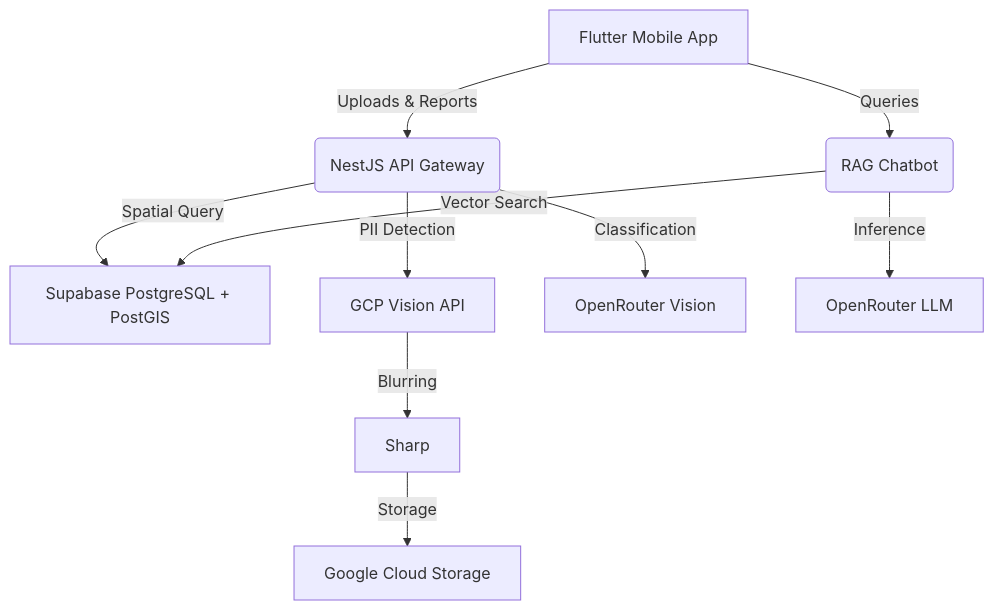
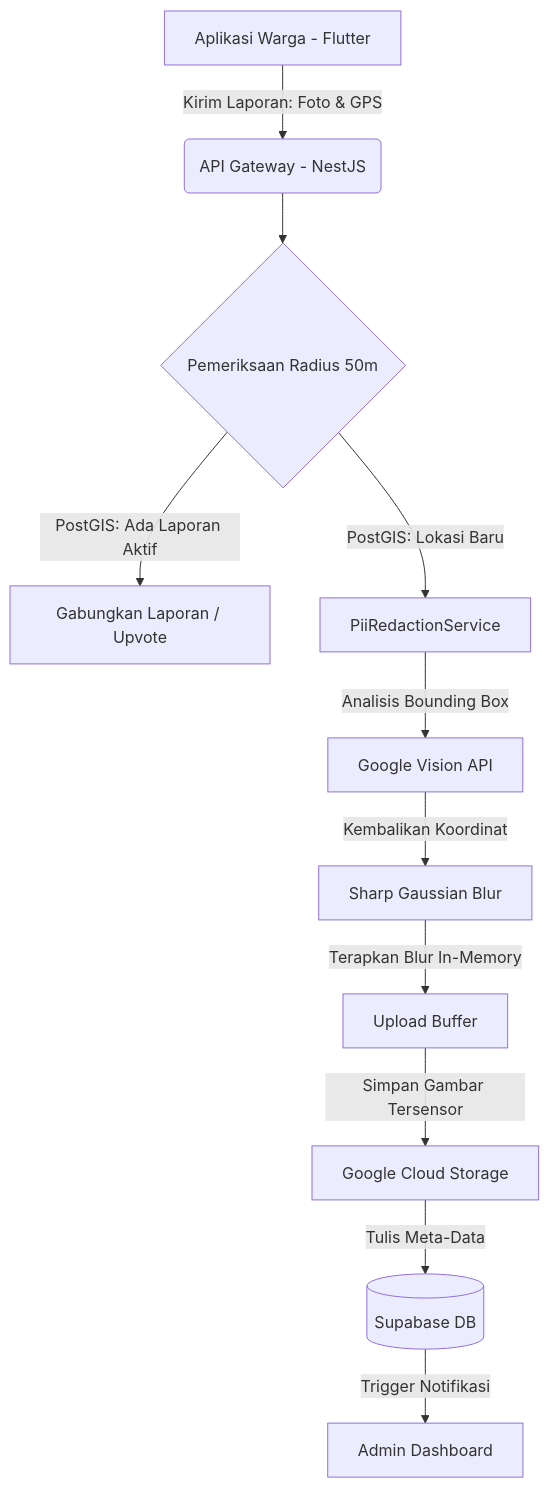
The first of 2 diagrams in README.md (agissugandi7203-ops/EKKA-2026_MarhasAI), drawn with Mermaid before and after one commit. The commit also changed other lines of this file and 5 other files, not shown here.

````diff
--- a/README.md
+++ b/README.md
@@ -46,12 +86,13 @@
 ```mermaid
 graph TD
-    A[Flutter Mobile App] -->|Uploads & Reports| B(NestJS API Gateway)
-    B -->|Spatial Query| C[Supabase PostgreSQL + PostGIS]
-    B -->|PII Detection| D[GCP Vision API]
-    D -->|Blurring| E[Sharp]
-    E -->|Storage| F[Google Cloud Storage]
-    B -->|Classification| G[OpenRouter Vision]
-    A -->|Queries| H(RAG Chatbot)
-    H -->|Vector Search| C
-    H -->|Inference| I[OpenRouter LLM]
+    A[Aplikasi Warga - Flutter] -->|Kirim Laporan: Foto & GPS| B(API Gateway - NestJS)
+    B --> C{Pemeriksaan Radius 50m}
+    C -->|PostGIS: Ada Laporan Aktif| D[Gabungkan Laporan / Upvote]
+    C -->|PostGIS: Lokasi Baru| E[PiiRedactionService]
+    E -->|Analisis Bounding Box| F[Google Vision API]
+    F -->|Kembalikan Koordinat| G[Sharp Gaussian Blur]
+    G -->|Terapkan Blur In-Memory| H[Upload Buffer]
+    H -->|Simpan Gambar Tersensor| I[Google Cloud Storage]
+    I -->|Tulis Meta-Data| J[(Supabase DB)]
+    J -->|Trigger Notifikasi| K[Admin Dashboard]
 ```
````
